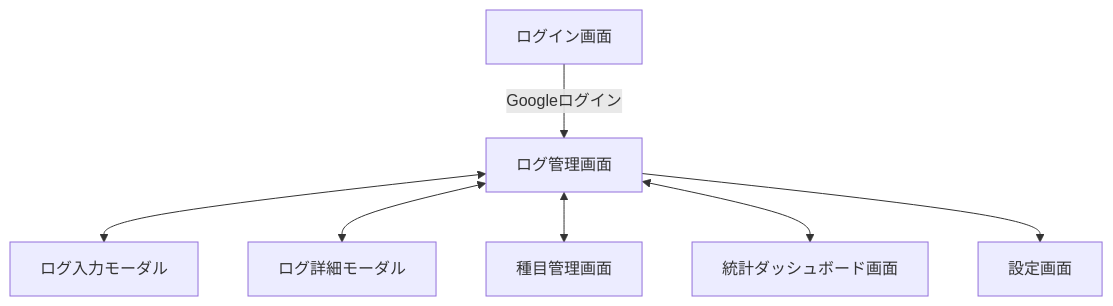
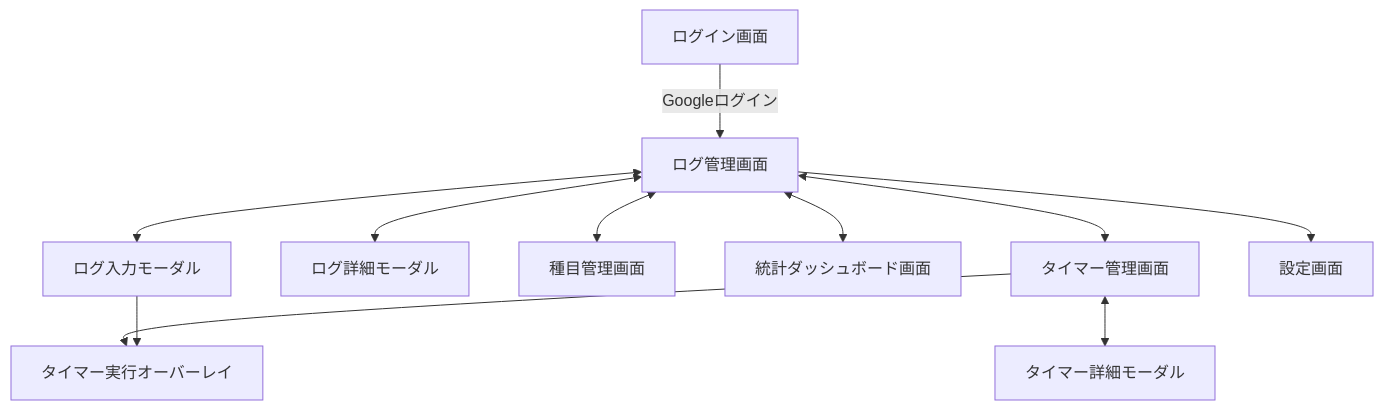
Before and after one commit to t-miura-024/lifro: the diagram in docs/design/画面遷移図.md, drawn with Mermaid. The commit also changed 41 other files, not shown here.

````diff
--- a/docs/design/画面遷移図.md
+++ b/docs/design/画面遷移図.md
@@ -2,17 +2,25 @@
 ```mermaid
 graph TD;
     LoginScreen[ログイン画面]
     LogManagementScreen[ログ管理画面]
     LogInputModal[ログ入力モーダル]
     LogDetailModal[ログ詳細モーダル]
     ExerciseManagementScreen[種目管理画面]
     StatisticsDashboardScreen[統計ダッシュボード画面]
+    TimerManagementScreen[タイマー管理画面]
+    TimerDetailModal[タイマー詳細モーダル]
+    TimerOverlay[タイマー実行オーバーレイ]
     SettingsScreen[設定画面]
 
     LoginScreen -->|Googleログイン| LogManagementScreen
     LogManagementScreen <--> LogInputModal
     LogManagementScreen <--> LogDetailModal
     LogManagementScreen <--> ExerciseManagementScreen
     LogManagementScreen <--> StatisticsDashboardScreen
+    LogManagementScreen <--> TimerManagementScreen
     LogManagementScreen --> SettingsScreen
+
+    TimerManagementScreen <--> TimerDetailModal
+    TimerManagementScreen --> TimerOverlay
+    LogInputModal --> TimerOverlay
 ```
````
